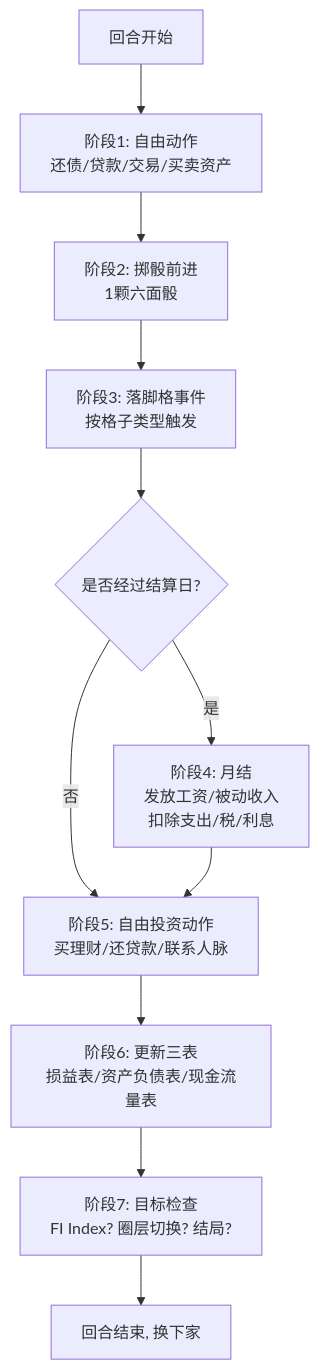
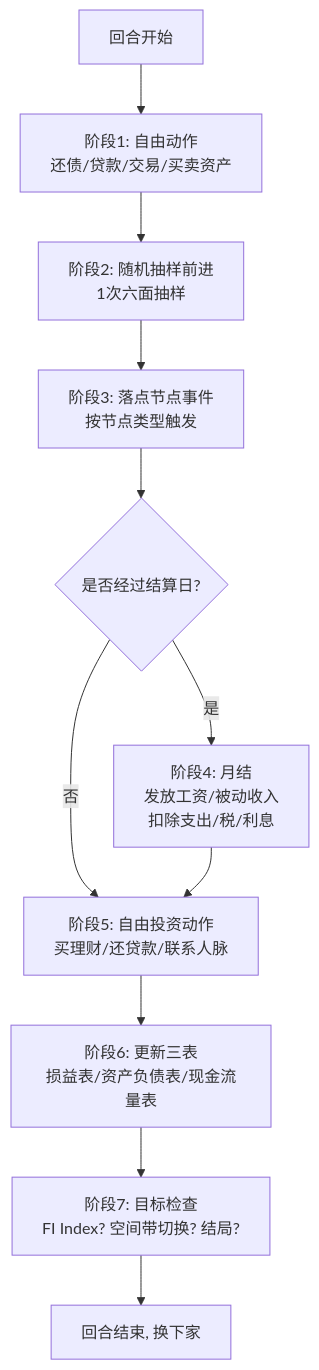
One commit to liushimeng/lag_docs changed the first of 2 diagrams in 虚拟城市/虚拟城市总体设计.md. Above: the diagram before and after it, drawn with Mermaid. The commit also changed other lines of this file and 24 other files, not shown here.

````diff
--- a/虚拟城市/虚拟城市总体设计.md
+++ b/虚拟城市/虚拟城市总体设计.md
@@ -130,13 +130,13 @@
 ```mermaid
 flowchart TD
     A[回合开始] --> B[阶段1: 自由动作<br/>还债/贷款/交易/买卖资产]
-    B --> C[阶段2: 掷骰前进<br/>1颗六面骰]
-    C --> D[阶段3: 落脚格事件<br/>按格子类型触发]
+    B --> C[阶段2: 随机抽样前进<br/>1次六面抽样]
+    C --> D[阶段3: 落点节点事件<br/>按节点类型触发]
     D --> E{是否经过结算日?}
     E -->|是| F[阶段4: 月结<br/>发放工资/被动收入<br/>扣除支出/税/利息]
     E -->|否| G[阶段5: 自由投资动作<br/>买理财/还贷款/联系人脉]
     F --> G
     G --> H[阶段6: 更新三表<br/>损益表/资产负债表/现金流量表]
-    H --> I[阶段7: 目标检查<br/>FI Index? 圈层切换? 结局?]
+    H --> I[阶段7: 目标检查<br/>FI Index? 空间带切换? 结局?]
     I --> J[回合结束, 换下家]
 ```
````
